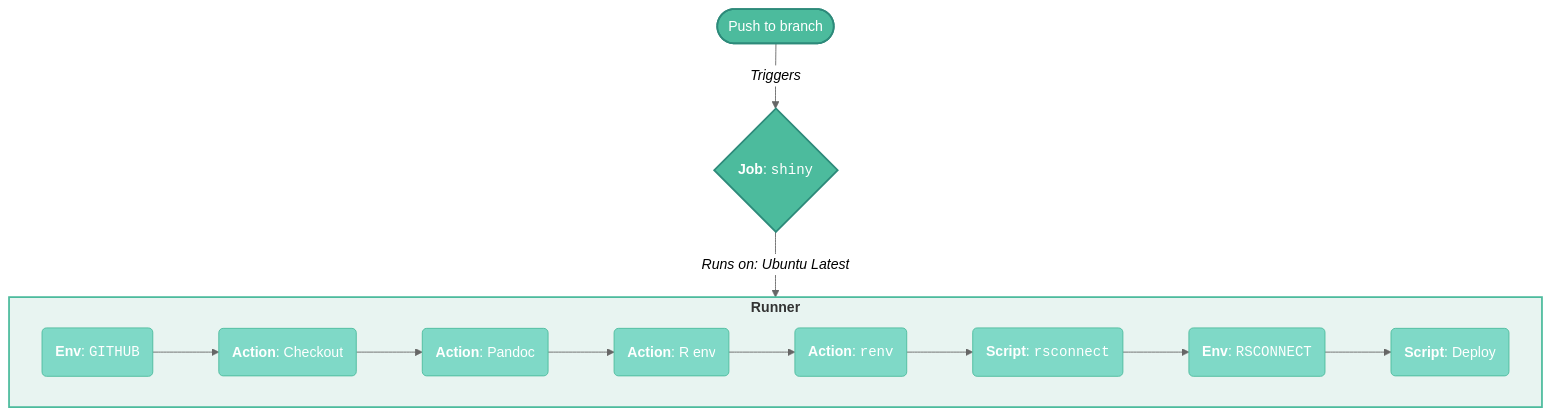
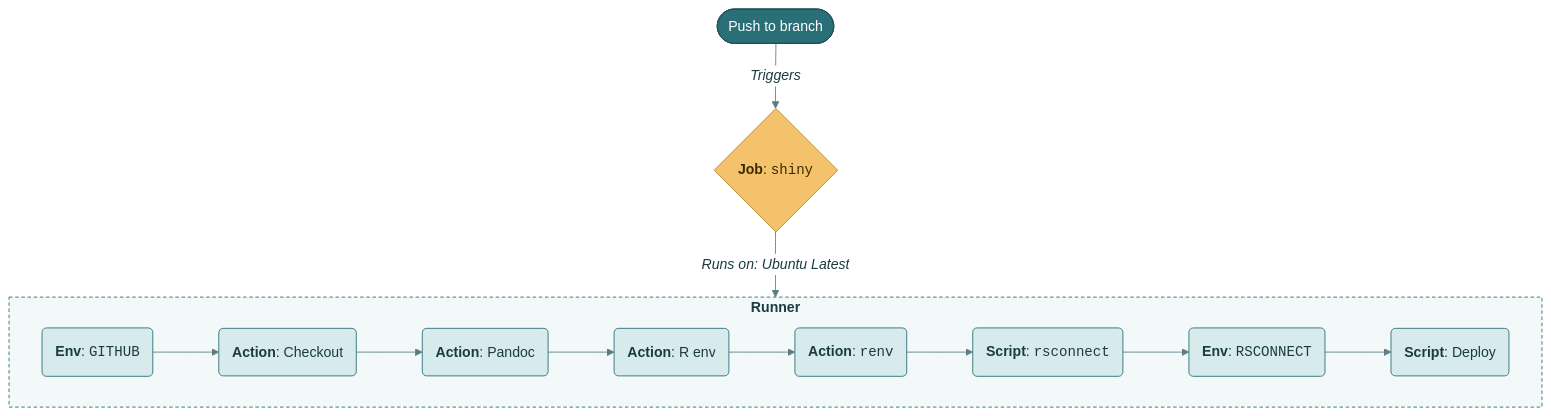
Before and after one commit to mjfrigaard/shiny-app-pkgs: the eighth of 8 diagrams in gha.qmd, drawn with Mermaid. The commit also changed other lines of this file and 22 other files, not shown here.

First line of the commit message:
Standardize mermaid diagrams on the site teal palette

````diff
--- a/gha.qmd
+++ b/gha.qmd
@@ -1002,33 +1019,30 @@
 ```{mermaid}
 %%| fig-align: center
-%%{init: {'theme': 'neutral', 'themeVariables': { 'fontFamily': 'monospace', "fontSize":"16px"}}}%%
+%%{init: {'theme': 'base', 'themeVariables': { 'fontFamily': 'monospace', "fontSize":"16px", "primaryColor":"#D7EBEC", "primaryTextColor":"#1B3B3F", "primaryBorderColor":"#2A6F77", "lineColor":"#5A7F83", "edgeLabelBackground":"#FFFFFF", "clusterBkg":"#F3F8F8", "clusterBorder":"#2A6F77", "darkMode":false}}}%%
 flowchart TD
   Push(["Push to branch"])
   Push -->|"<em>Triggers</em>"| Shiny{"<strong>Job</strong>: <code>shiny</code>"}
     subgraph ubuntu["<strong>Runner</strong>"]
         PAT("<strong>Env</strong>: <code>GITHUB</code>")
         Checkout("<strong>Action</strong>: Checkout")
         SetupPandoc("<strong>Action</strong>: Pandoc")
         SetupR("<strong>Action</strong>: R env")
         SetupRenv("<strong>Action</strong>: <code>renv</code>")
         InstallRsconnect("<strong>Script</strong>: <code>rsconnect</code>")
         Auth("<strong>Env</strong>: <code>RSCONNECT</code>")
         Deploy("<strong>Script</strong>: Deploy")
     end
   Shiny -->|"<em>Runs on: Ubuntu Latest</em>"| ubuntu
   PAT --> Checkout --> SetupPandoc --> SetupR
   SetupR --> SetupRenv --> InstallRsconnect
   InstallRsconnect --> Auth --> Deploy
 
-  style Push fill:#4CBB9D,color:#fff,stroke:#2d8a7a,stroke-width:2px
-  style Shiny fill:#4CBB9D,color:#fff,stroke:#2d8a7a,stroke-width:2px
-  style ubuntu fill:#e8f4f1,stroke:#4CBB9D,stroke-width:2px
-  style PAT fill:#7fd9c7,color:#fff,stroke:#4CBB9D,stroke-width:1px
-  style Checkout fill:#7fd9c7,color:#fff,stroke:#4CBB9D,stroke-width:1px
-  style SetupPandoc fill:#7fd9c7,color:#fff,stroke:#4CBB9D,stroke-width:1px
-  style SetupR fill:#7fd9c7,color:#fff,stroke:#4CBB9D,stroke-width:1px
-  style SetupRenv fill:#7fd9c7,color:#fff,stroke:#4CBB9D,stroke-width:1px
-  style InstallRsconnect fill:#7fd9c7,color:#fff,stroke:#4CBB9D,stroke-width:1px
-  style Auth fill:#7fd9c7,color:#fff,stroke:#4CBB9D,stroke-width:1px
-  style Deploy fill:#7fd9c7,color:#fff,stroke:#4CBB9D,stroke-width:1px
+    classDef term fill:#2A6F77,color:#FFFFFF,stroke:#1B4F55,stroke-width:1px
+    classDef step fill:#D7EBEC,color:#1B3B3F,stroke:#2A6F77,stroke-width:1px
+    classDef decision fill:#F4C26B,color:#3D2A00,stroke:#B7832B,stroke-width:1px
+    classDef io fill:#FFFFFF,color:#1B3B3F,stroke:#2A6F77,stroke-width:1px
+    class Push term
+    class PAT,Checkout,SetupPandoc,SetupR,SetupRenv,InstallRsconnect,Auth,Deploy step
+    class Shiny decision
+    style ubuntu fill:#F3F8F8,color:#1B3B3F,stroke:#2A6F77,stroke-width:1px,stroke-dasharray:4 3
 ```
````
